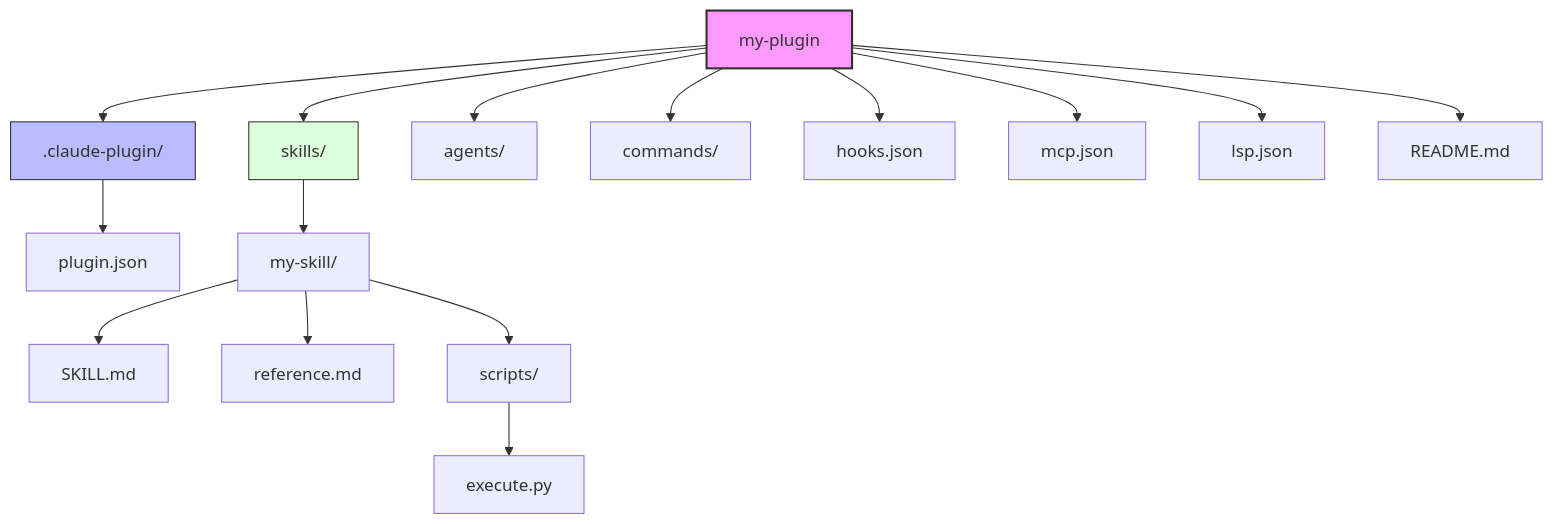
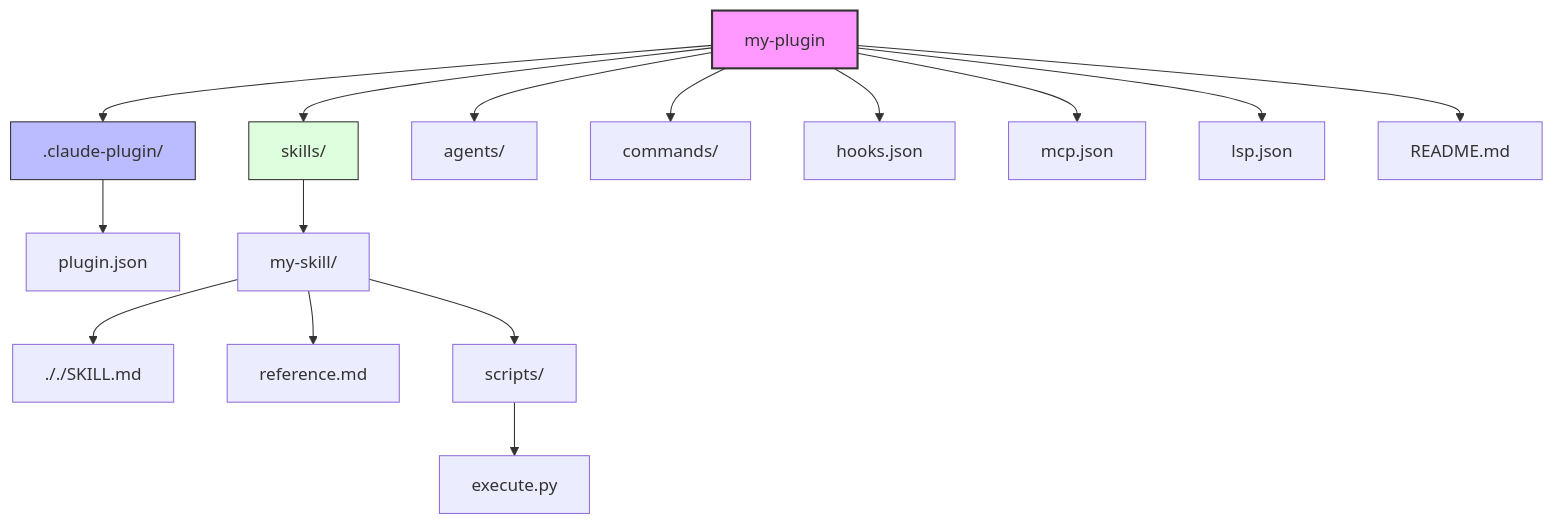
The diagram in plugins/agent-skill-open-specifications/skills/ecosystem-authoritative-sources/references/reference/plugin-architecture.mmd (richfrem/agent-plugins-skills), drawn with Mermaid before and after one commit. The commit also changed 2793 other files, not shown here.

```diff
--- a/plugins/agent-skill-open-specifications/skills/ecosystem-authoritative-sources/references/reference/plugin-architecture.mmd
+++ b/plugins/agent-skill-open-specifications/skills/ecosystem-authoritative-sources/references/reference/plugin-architecture.mmd
@@ -1,21 +1,21 @@
 graph TD
     A[my-plugin] --> B[.claude-plugin/]
     B --> C[plugin.json]
     
     A --> D[skills/]
     D --> E[my-skill/]
-    E --> F[SKILL.md]
+    E --> F[././SKILL.md]
     E --> G[reference.md]
     E --> H[scripts/]
     H --> I[execute.py]
     
     A --> J[agents/]
     A --> K[commands/]
     A --> L[hooks.json]
     A --> M[mcp.json]
     A --> N[lsp.json]
     A --> O[README.md]
     
     style A fill:#f9f,stroke:#333,stroke-width:2px
     style B fill:#bbf,stroke:#333
     style D fill:#dfd,stroke:#333
```
